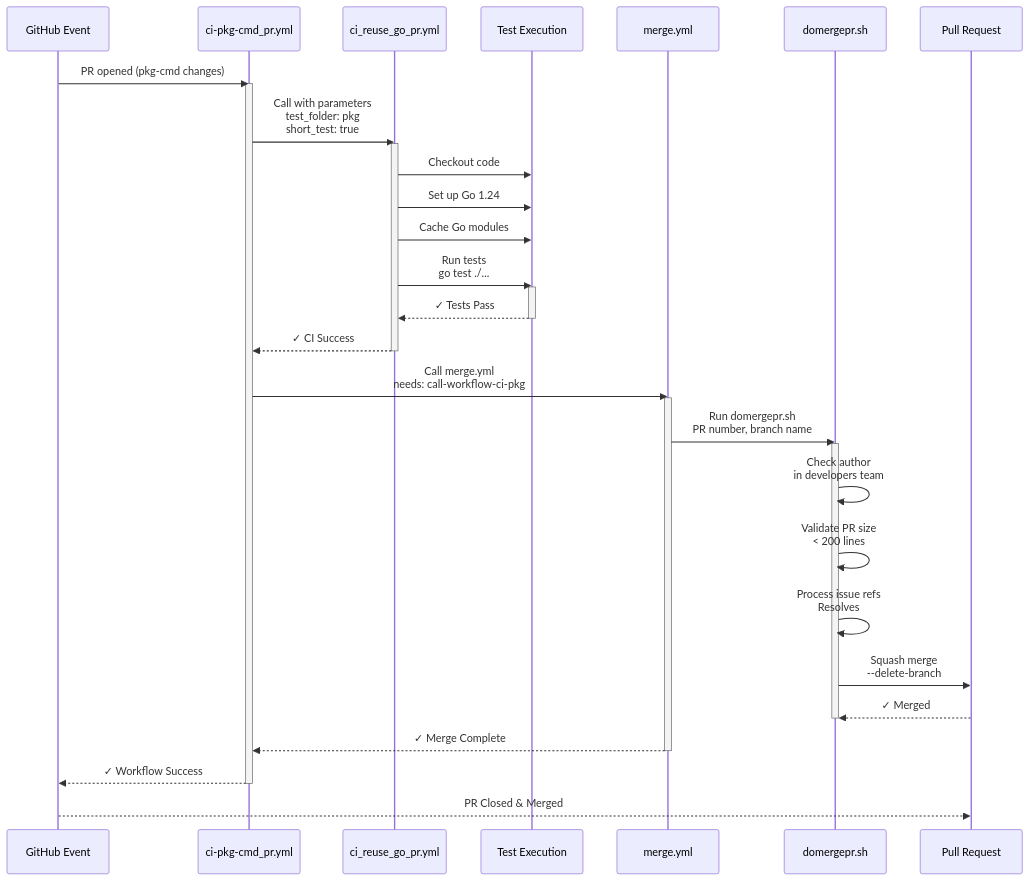
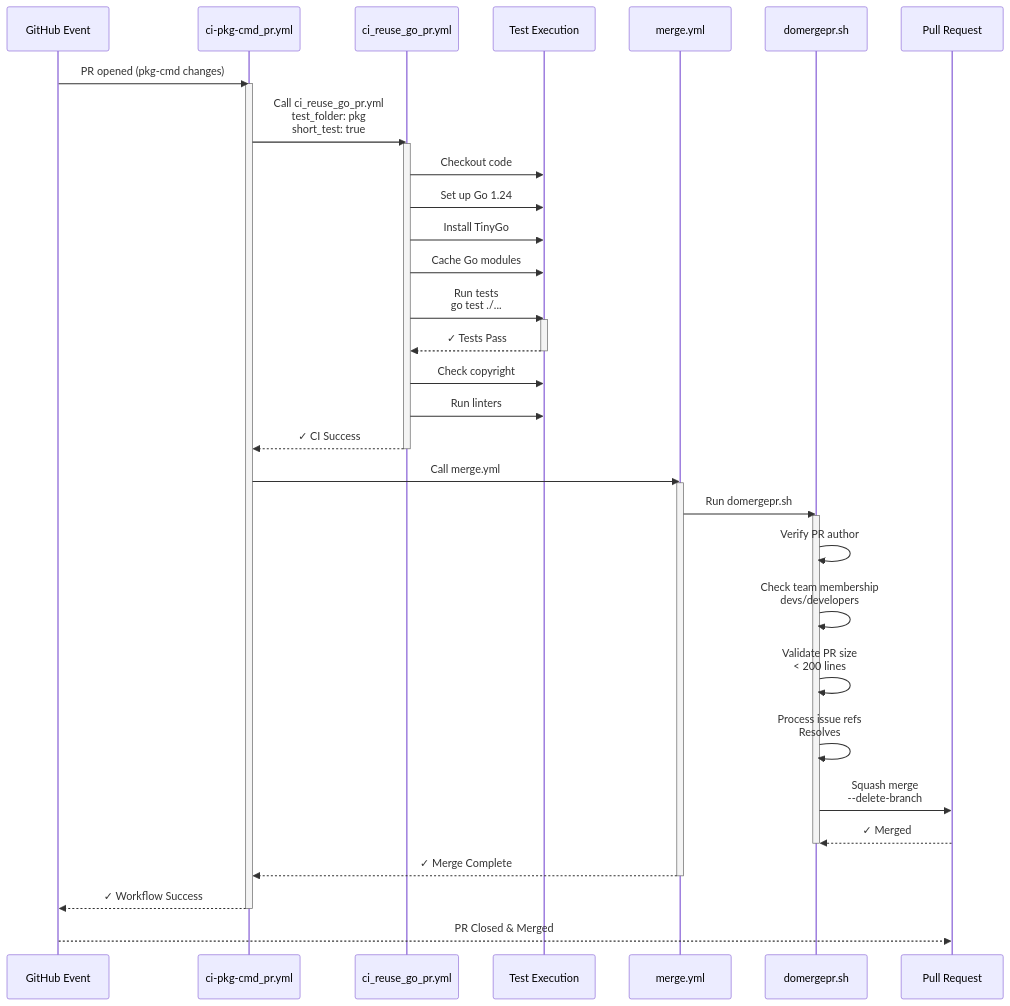
The second of 4 diagrams in .github/workflows/EXECUTION_FLOW_DIAGRAMS.md (host6/voedger), drawn with Mermaid before and after one commit. The commit also changed other lines of this file and 1 other file, not shown here.

````diff
--- a/.github/workflows/EXECUTION_FLOW_DIAGRAMS.md
+++ b/.github/workflows/EXECUTION_FLOW_DIAGRAMS.md
@@ -148,49 +148,54 @@
 ```mermaid
 sequenceDiagram
     participant GitHub as GitHub Event
     participant WF as ci-pkg-cmd_pr.yml
     participant CI as ci_reuse_go_pr.yml
     participant Tests as Test Execution
     participant Merge as merge.yml
     participant domerge as domergepr.sh
     participant PR as Pull Request
 
     GitHub->>WF: PR opened (pkg-cmd changes)
     activate WF
-    
-    WF->>CI: Call with parameters<br/>test_folder: pkg<br/>short_test: true
+
+    WF->>CI: Call ci_reuse_go_pr.yml<br/>test_folder: pkg<br/>short_test: true
     activate CI
-    
+
     CI->>Tests: Checkout code
     CI->>Tests: Set up Go 1.24
+    CI->>Tests: Install TinyGo
     CI->>Tests: Cache Go modules
     CI->>Tests: Run tests<br/>go test ./...
     activate Tests
     Tests-->>CI: ✓ Tests Pass
     deactivate Tests
-    
+
+    CI->>Tests: Check copyright
+    CI->>Tests: Run linters
+
     CI-->>WF: ✓ CI Success
     deactivate CI
-    
-    WF->>Merge: Call merge.yml<br/>needs: call-workflow-ci-pkg
+
+    WF->>Merge: Call merge.yml
     activate Merge
-    
-    Merge->>domerge: Run domergepr.sh<br/>PR number, branch name
+
+    Merge->>domerge: Run domergepr.sh
     activate domerge
-    
-    domerge->>domerge: Check author<br/>in developers team
+
+    domerge->>domerge: Verify PR author
+    domerge->>domerge: Check team membership<br/>devs/developers
     domerge->>domerge: Validate PR size<br/>< 200 lines
     domerge->>domerge: Process issue refs<br/>Resolves #
     domerge->>PR: Squash merge<br/>--delete-branch
-    
+
     PR-->>domerge: ✓ Merged
     deactivate domerge
-    
+
     Merge-->>WF: ✓ Merge Complete
     deactivate Merge
-    
+
     WF-->>GitHub: ✓ Workflow Success
     deactivate WF
-    
+
     GitHub-->>PR: PR Closed & Merged
 ```
````
